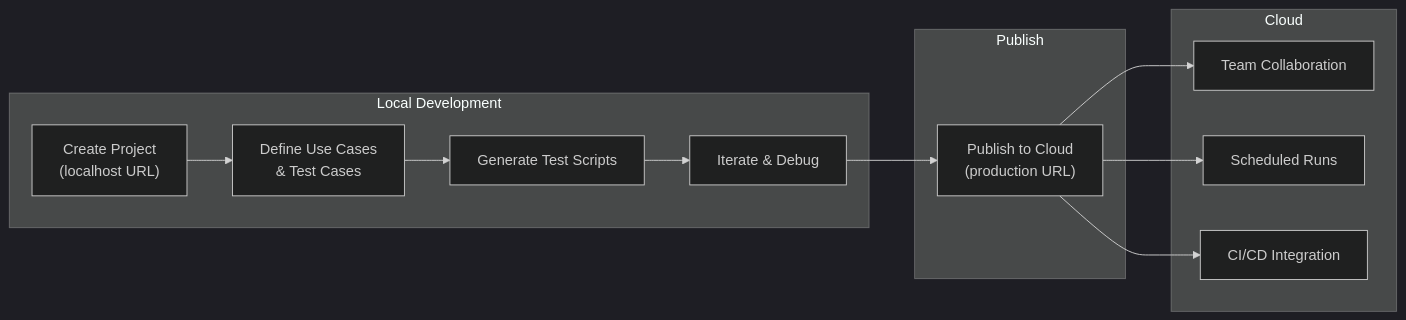
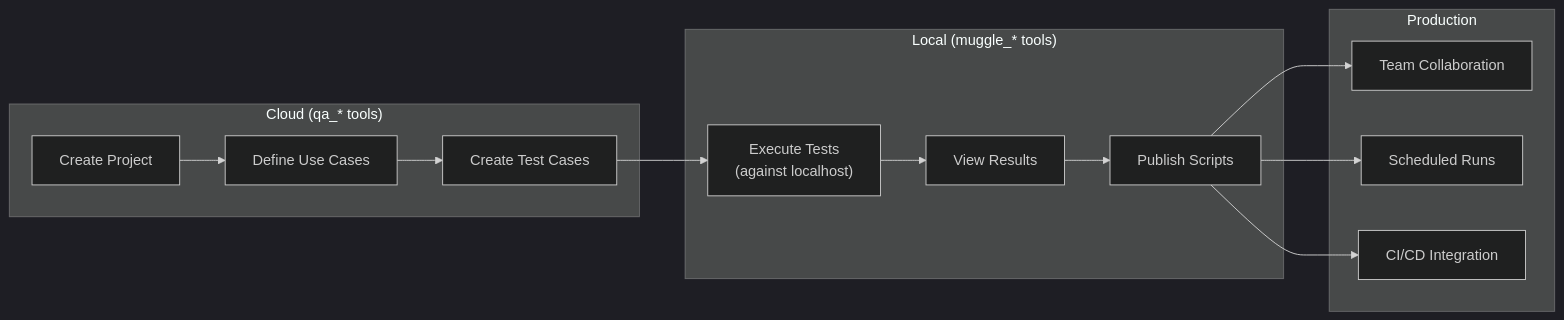
One commit to multiplex-ai/muggle-ai-docs changed the third of 3 diagrams in local-testing/overview.md. Above: the diagram before and after it, drawn with Mermaid (dark theme). The commit also changed other lines of this file and 2 other files, not shown here.

Commit message:
docs: update local testing documentation to reflect cloud-first architecture
- Revise overview and workflow sections to emphasize the cloud-first approach
- Update tool references to clarify the distinction between `qa_*` and `muggle_*` tools
- Enhance clarity in the local-to-production workflow and tool categories
- Improve formatting and organization for better readability

````diff
--- a/local-testing/overview.md
+++ b/local-testing/overview.md
@@ -133,22 +136,22 @@
 ```mermaid
 flowchart LR
-    subgraph local["Local Development"]
-        A["Create Project<br/>(localhost URL)"]
-        B["Define Use Cases<br/>& Test Cases"]
-        C["Generate Test Scripts"]
-        D["Iterate & Debug"]
+    subgraph cloud["Cloud (qa_* tools)"]
+        A["Create Project"]
+        B["Define Use Cases"]
+        C["Create Test Cases"]
     end
     
-    subgraph publish["Publish"]
-        E["Publish to Cloud<br/>(production URL)"]
+    subgraph local["Local (muggle_* tools)"]
+        D["Execute Tests<br/>(against localhost)"]
+        E["View Results"]
+        F["Publish Scripts"]
     end
     
-    subgraph cloud["Cloud"]
-        F["Team Collaboration"]
-        G["Scheduled Runs"]
-        H["CI/CD Integration"]
+    subgraph production["Production"]
+        G["Team Collaboration"]
+        H["Scheduled Runs"]
+        I["CI/CD Integration"]
     end
     
-    A --> B --> C --> D
-    D --> E --> F & G & H
+    A --> B --> C --> D --> E --> F --> G & H & I
 ```
````
